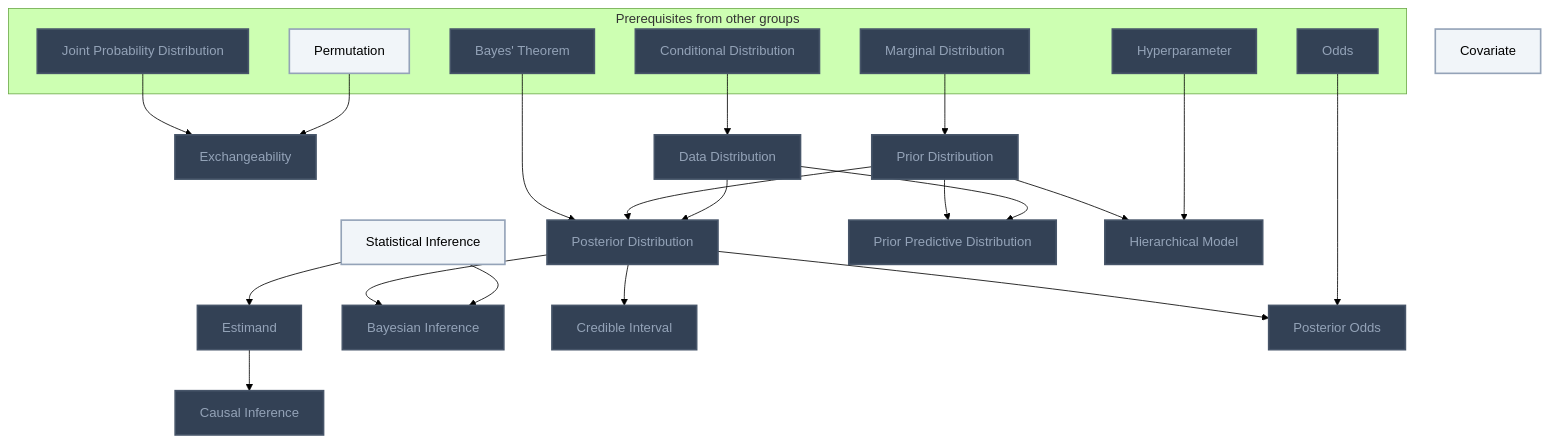
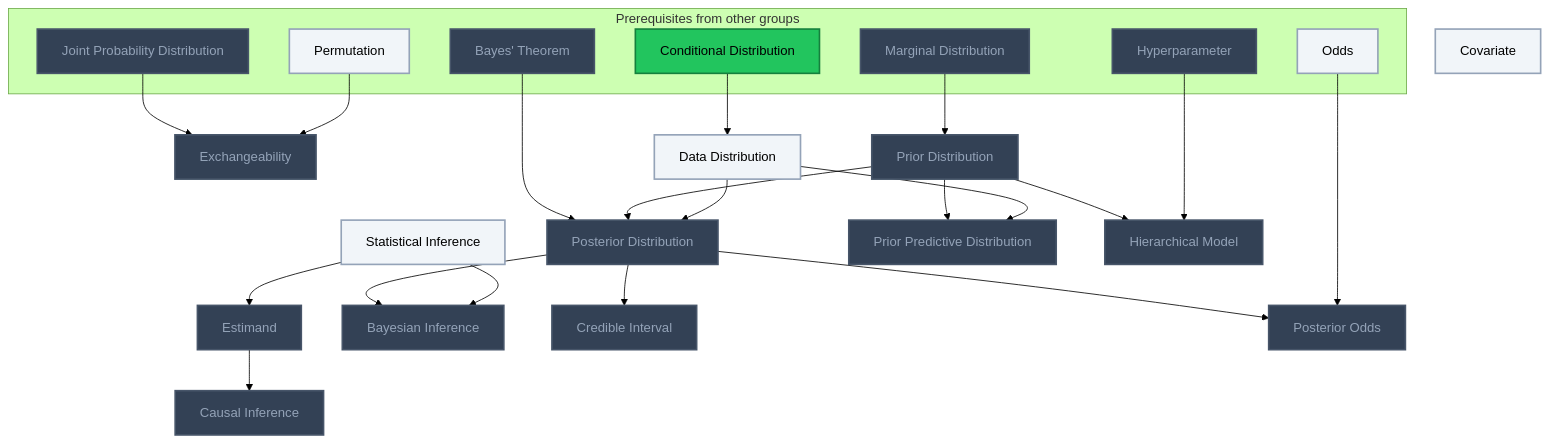
Before and after one commit to MRauf1/My-Notes: the third of 6 diagrams in Gamification/Skill Trees/Bayesian Statistics.md, drawn with Mermaid (forest theme). The commit also changed other lines of this file and 42 other files, not shown here.

````diff
--- a/Gamification/Skill Trees/Bayesian Statistics.md
+++ b/Gamification/Skill Trees/Bayesian Statistics.md
@@ -67,55 +68,56 @@
 ```mermaid
 flowchart TD
     classDef planned fill:#1E293B,stroke:#64748B,stroke-width:2px,stroke-dasharray:5 5,color:#94A3B8;
     classDef locked fill:#334155,stroke:#475569,stroke-width:2px,color:#94A3B8;
     classDef L0 fill:#F1F5F9,stroke:#94A3B8,stroke-width:2px,color:#000000;
     classDef L1 fill:#22C55E,stroke:#15803D,stroke-width:2px,color:#000000;
     classDef L2 fill:#3B82F6,stroke:#1D4ED8,stroke-width:3px,color:#FFFFFF;
     classDef L3 fill:#A855F7,stroke:#6B21A8,stroke-width:3px,color:#FFFFFF,font-weight:bold;
     classDef L4 fill:#F97316,stroke:#C2410C,stroke-width:4px,color:#000000,font-weight:bold;
     classDef L5 fill:#FFD700,stroke:#FF8C00,stroke-width:5px,color:#000000,font-weight:bold;
     classDef rusty stroke:#8B4513,stroke-width:4px,stroke-dasharray:3 3;
     subgraph sg_prereqs["Prerequisites from other groups"]
         n_joint_probability_distribution["Joint Probability Distribution"]
         n_permutation["Permutation"]
         n_conditional_distribution["Conditional Distribution"]
         n_marginal_distribution["Marginal Distribution"]
         n_bayes_theorem["Bayes' Theorem"]
         n_odds["Odds"]
         n_hyperparameter["Hyperparameter"]
     end
     n_statistical_inference["Statistical Inference"]
     n_estimand["Estimand"]
     n_causal_inference["Causal Inference"]
     n_covariate["Covariate"]
     n_exchangeability["Exchangeability"]
     n_data_distribution["Data Distribution"]
     n_prior_distribution["Prior Distribution"]
     n_posterior_distribution["Posterior Distribution"]
     n_prior_predictive_distribution["Prior Predictive Distribution"]
     n_bayesian_inference["Bayesian Inference"]
     n_credible_interval["Credible Interval"]
     n_posterior_odds["Posterior Odds"]
     n_hierarchical_model["Hierarchical Model"]
     n_statistical_inference --> n_estimand
     n_estimand --> n_causal_inference
     n_joint_probability_distribution --> n_exchangeability
     n_permutation --> n_exchangeability
     n_conditional_distribution --> n_data_distribution
     n_marginal_distribution --> n_prior_distribution
     n_bayes_theorem --> n_posterior_distribution
     n_prior_distribution --> n_posterior_distribution
     n_data_distribution --> n_posterior_distribution
     n_prior_distribution --> n_prior_predictive_distribution
     n_data_distribution --> n_prior_predictive_distribution
     n_posterior_distribution --> n_bayesian_inference
     n_statistical_inference --> n_bayesian_inference
     n_posterior_distribution --> n_credible_interval
     n_posterior_distribution --> n_posterior_odds
     n_odds --> n_posterior_odds
     n_prior_distribution --> n_hierarchical_model
     n_hyperparameter --> n_hierarchical_model
-    class n_joint_probability_distribution,n_conditional_distribution,n_marginal_distribution,n_bayes_theorem,n_odds,n_hyperparameter,n_estimand,n_causal_inference,n_exchangeability,n_data_distribution,n_prior_distribution,n_posterior_distribution,n_prior_predictive_distribution,n_bayesian_inference,n_credible_interval,n_posterior_odds,n_hierarchical_model locked;
-    class n_permutation,n_statistical_inference,n_covariate L0;
+    class n_joint_probability_distribution,n_marginal_distribution,n_bayes_theorem,n_hyperparameter,n_estimand,n_causal_inference,n_exchangeability,n_prior_distribution,n_posterior_distribution,n_prior_predictive_distribution,n_bayesian_inference,n_credible_interval,n_posterior_odds,n_hierarchical_model locked;
+    class n_permutation,n_odds,n_statistical_inference,n_covariate,n_data_distribution L0;
+    class n_conditional_distribution L1;
     class n_joint_probability_distribution,n_permutation,n_conditional_distribution,n_marginal_distribution,n_bayes_theorem,n_odds,n_hyperparameter,n_statistical_inference,n_estimand,n_causal_inference,n_covariate,n_exchangeability,n_data_distribution,n_prior_distribution,n_posterior_distribution,n_prior_predictive_distribution,n_bayesian_inference,n_credible_interval,n_posterior_odds,n_hierarchical_model internal-link;
 ```
````
